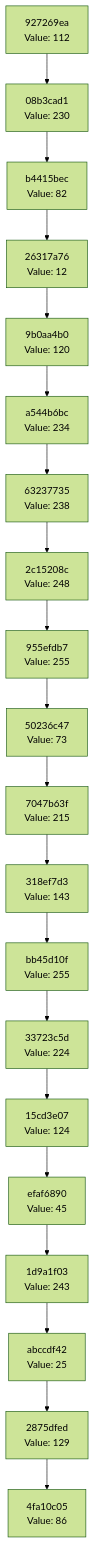
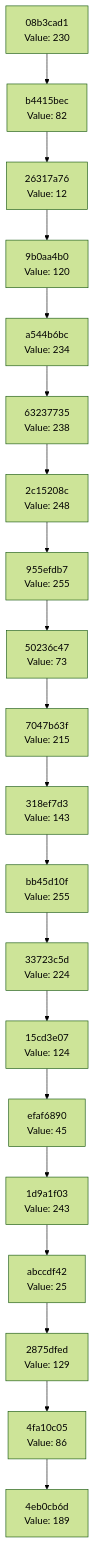
One commit to Abhisheksinha1506/hash-chain-evolver changed the diagram in docs/CHAIN_VISUALIZATION.md. Above: the diagram before and after it, drawn with Mermaid (forest theme). The commit also changed 3 other files, not shown here.

````diff
--- a/docs/CHAIN_VISUALIZATION.md
+++ b/docs/CHAIN_VISUALIZATION.md
@@ -3,42 +3,42 @@
 ```mermaid
 graph TD
-    C0["4fa10c05<br/>Value: 86"]
-    C1["2875dfed<br/>Value: 129"]
+    C0["4eb0cb6d<br/>Value: 189"]
+    C1["4fa10c05<br/>Value: 86"]
     C1 --> C0
-    C2["abccdf42<br/>Value: 25"]
+    C2["2875dfed<br/>Value: 129"]
     C2 --> C1
-    C3["1d9a1f03<br/>Value: 243"]
+    C3["abccdf42<br/>Value: 25"]
     C3 --> C2
-    C4["efaf6890<br/>Value: 45"]
+    C4["1d9a1f03<br/>Value: 243"]
     C4 --> C3
-    C5["15cd3e07<br/>Value: 124"]
+    C5["efaf6890<br/>Value: 45"]
     C5 --> C4
-    C6["33723c5d<br/>Value: 224"]
+    C6["15cd3e07<br/>Value: 124"]
     C6 --> C5
-    C7["bb45d10f<br/>Value: 255"]
+    C7["33723c5d<br/>Value: 224"]
     C7 --> C6
-    C8["318ef7d3<br/>Value: 143"]
+    C8["bb45d10f<br/>Value: 255"]
     C8 --> C7
-    C9["7047b63f<br/>Value: 215"]
+    C9["318ef7d3<br/>Value: 143"]
     C9 --> C8
-    C10["50236c47<br/>Value: 73"]
+    C10["7047b63f<br/>Value: 215"]
     C10 --> C9
-    C11["955efdb7<br/>Value: 255"]
+    C11["50236c47<br/>Value: 73"]
     C11 --> C10
-    C12["2c15208c<br/>Value: 248"]
+    C12["955efdb7<br/>Value: 255"]
     C12 --> C11
-    C13["63237735<br/>Value: 238"]
+    C13["2c15208c<br/>Value: 248"]
     C13 --> C12
-    C14["a544b6bc<br/>Value: 234"]
+    C14["63237735<br/>Value: 238"]
     C14 --> C13
-    C15["9b0aa4b0<br/>Value: 120"]
+    C15["a544b6bc<br/>Value: 234"]
     C15 --> C14
-    C16["26317a76<br/>Value: 12"]
+    C16["9b0aa4b0<br/>Value: 120"]
     C16 --> C15
-    C17["b4415bec<br/>Value: 82"]
+    C17["26317a76<br/>Value: 12"]
     C17 --> C16
-    C18["08b3cad1<br/>Value: 230"]
+    C18["b4415bec<br/>Value: 82"]
     C18 --> C17
-    C19["927269ea<br/>Value: 112"]
+    C19["08b3cad1<br/>Value: 230"]
     C19 --> C18
 ```
````
